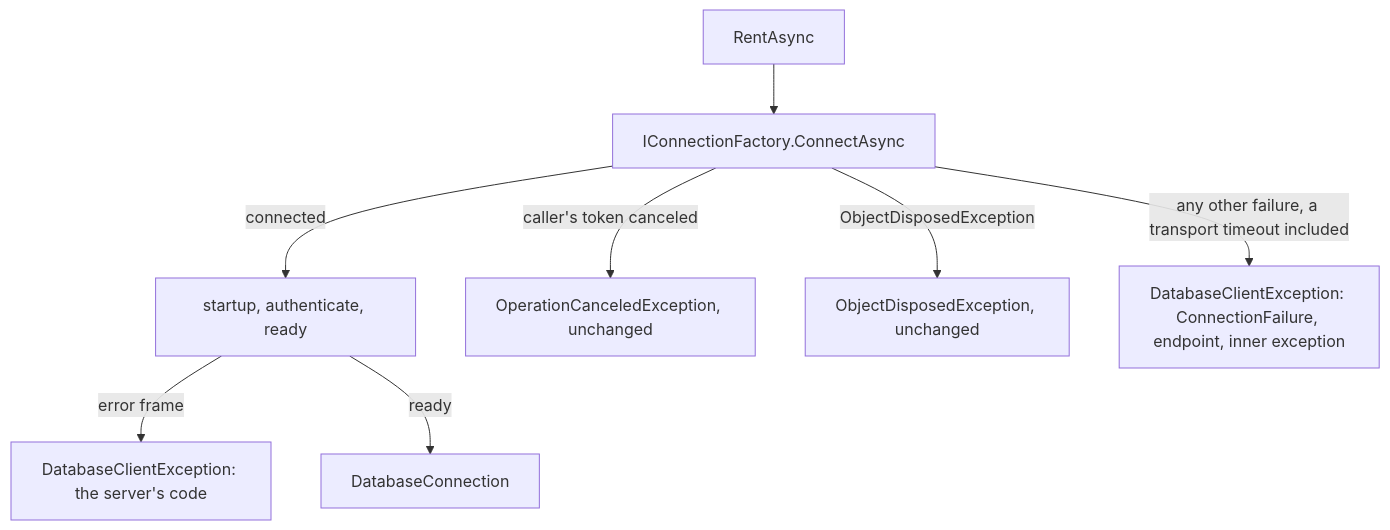
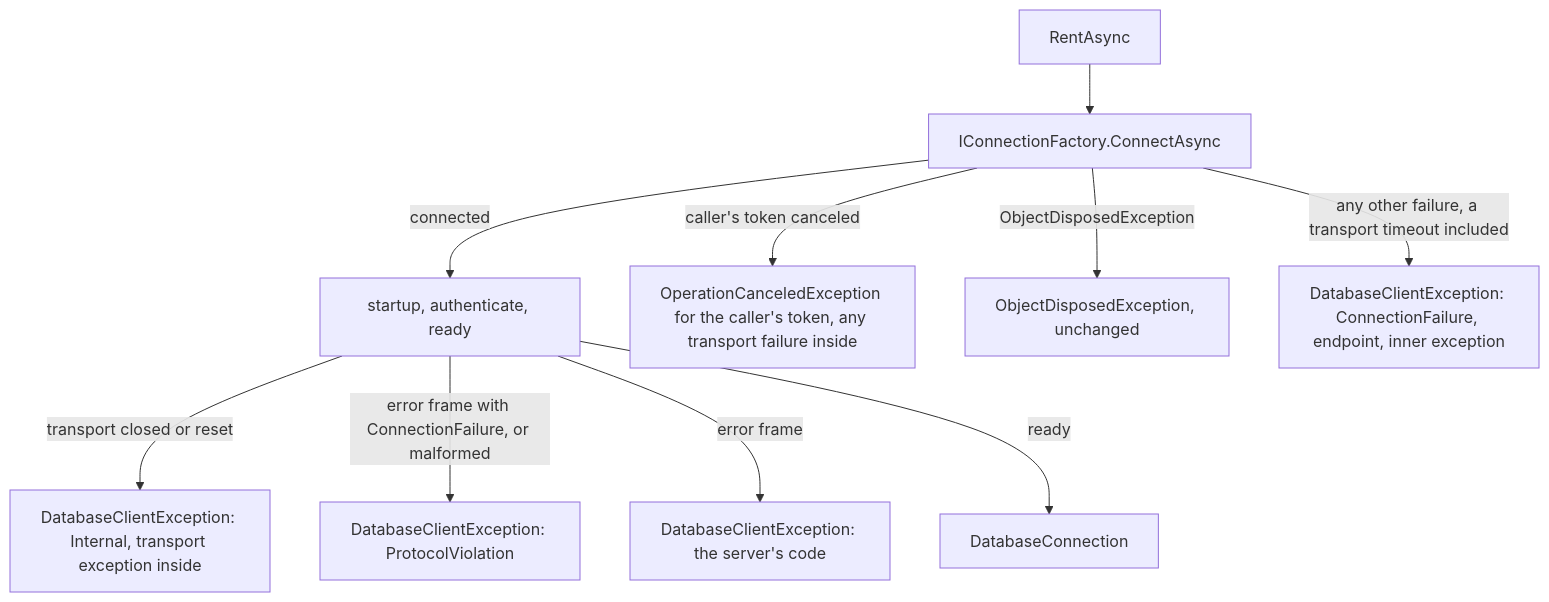
One commit to assimalign/cohesion changed the second of 3 diagrams in resources/Database/Assimalign.Cohesion.Database.Client/docs/DESIGN.md. Above: the diagram before and after it, drawn with Mermaid. The commit also changed other lines of this file and 13 other files, not shown here.

````diff
--- a/resources/Database/Assimalign.Cohesion.Database.Client/docs/DESIGN.md
+++ b/resources/Database/Assimalign.Cohesion.Database.Client/docs/DESIGN.md
@@ -101,10 +120,12 @@
 ```mermaid
 flowchart TD
     Rent["RentAsync"] --> Dial["IConnectionFactory.ConnectAsync"]
     Dial -->|connected| Handshake["startup, authenticate, ready"]
-    Dial -->|"caller's token canceled"| Canceled["OperationCanceledException, unchanged"]
+    Dial -->|"caller's token canceled"| Canceled["OperationCanceledException for the caller's token, any transport failure inside"]
     Dial -->|ObjectDisposedException| Disposed["ObjectDisposedException, unchanged"]
     Dial -->|"any other failure, a transport timeout included"| Wrapped["DatabaseClientException: ConnectionFailure, endpoint, inner exception"]
+    Handshake -->|"transport closed or reset"| Broken["DatabaseClientException: Internal, transport exception inside"]
+    Handshake -->|"error frame with ConnectionFailure, or malformed"| Violation["DatabaseClientException: ProtocolViolation"]
     Handshake -->|error frame| Rejected["DatabaseClientException: the server's code"]
     Handshake -->|ready| Rented["DatabaseConnection"]
 ```
````
